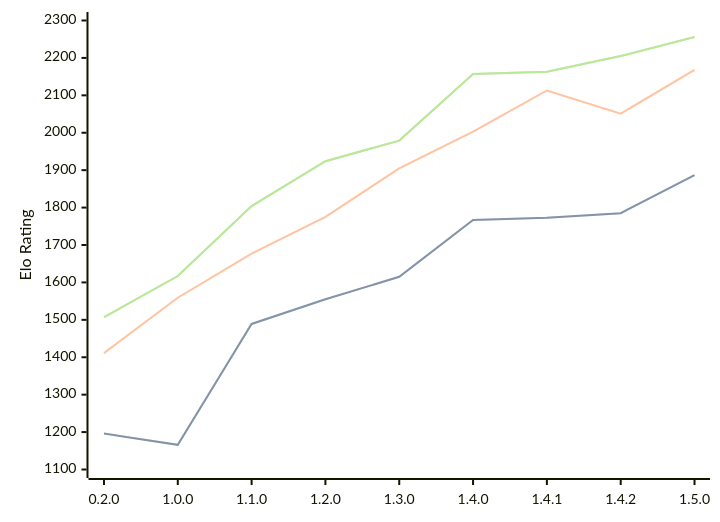
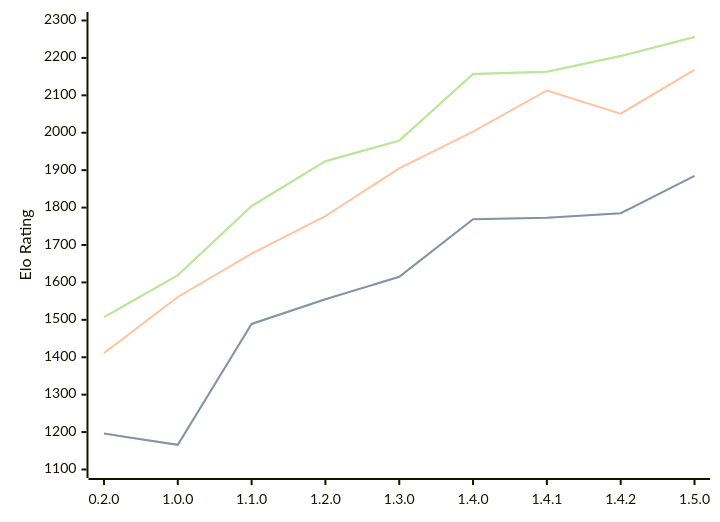
Before and after one commit to computer-chess-index/cci: the diagram in engines/Zeppelin.md, drawn with Mermaid. The commit also changed other lines of this file, not shown here.

Commit message:
Update CCI Ratings (ELO VLTC) - 2026-08-07

````diff
--- a/engines/Zeppelin.md
+++ b/engines/Zeppelin.md
@@ -39,11 +39,11 @@
 ```mermaid
 %%{init: {"theme":"base","themeVariables":{"seriesColors:['#a3a3a3','#222221','#faa371']}}}%%
 xychart-beta
   x-axis ["0.2.0", "1.0.0", "1.1.0", "1.2.0", "1.3.0", "1.4.0", "1.4.1", "1.4.2", "1.5.0"]
   y-axis "Elo Rating" 1100 --> 2300
-  line "STC (8.0+0.08s)" [1196, 1166, 1489, 1555, 1615, 1767, 1773, 1785, 1887]
-  line "STC (8.0+0.08s)" [1196, 1166, 1489, 1555, 1615, 1767, 1773, 1785, 1887]
-  line "LTC (60.0+0.60s)" [1411, 1559, 1677, 1775, 1905, 2003, 2113, 2051, 2168]
-  line "VLTC (2m24s+1.12s)" [1507, 1617, 1804, 1924, 1979, 2157, 2163, 2205, 2256]
-  line "VLTC (2m24s+1.12s)" [1507, 1617, 1804, 1924, 1979, 2157, 2163, 2205, 2256]
+  line "STC (8.0+0.08s)" [1196, 1166, 1489, 1555, 1615, 1769, 1773, 1785, 1885]
+  line "STC (8.0+0.08s)" [1196, 1166, 1489, 1555, 1615, 1769, 1773, 1785, 1885]
+  line "LTC (60.0+0.60s)" [1411, 1561, 1677, 1777, 1905, 2003, 2113, 2051, 2168]
+  line "VLTC (2m24s+1.12s)" [1507, 1619, 1804, 1924, 1979, 2157, 2163, 2205, 2256]
+  line "VLTC (2m24s+1.12s)" [1507, 1619, 1804, 1924, 1979, 2157, 2163, 2205, 2256]
 ```
````
